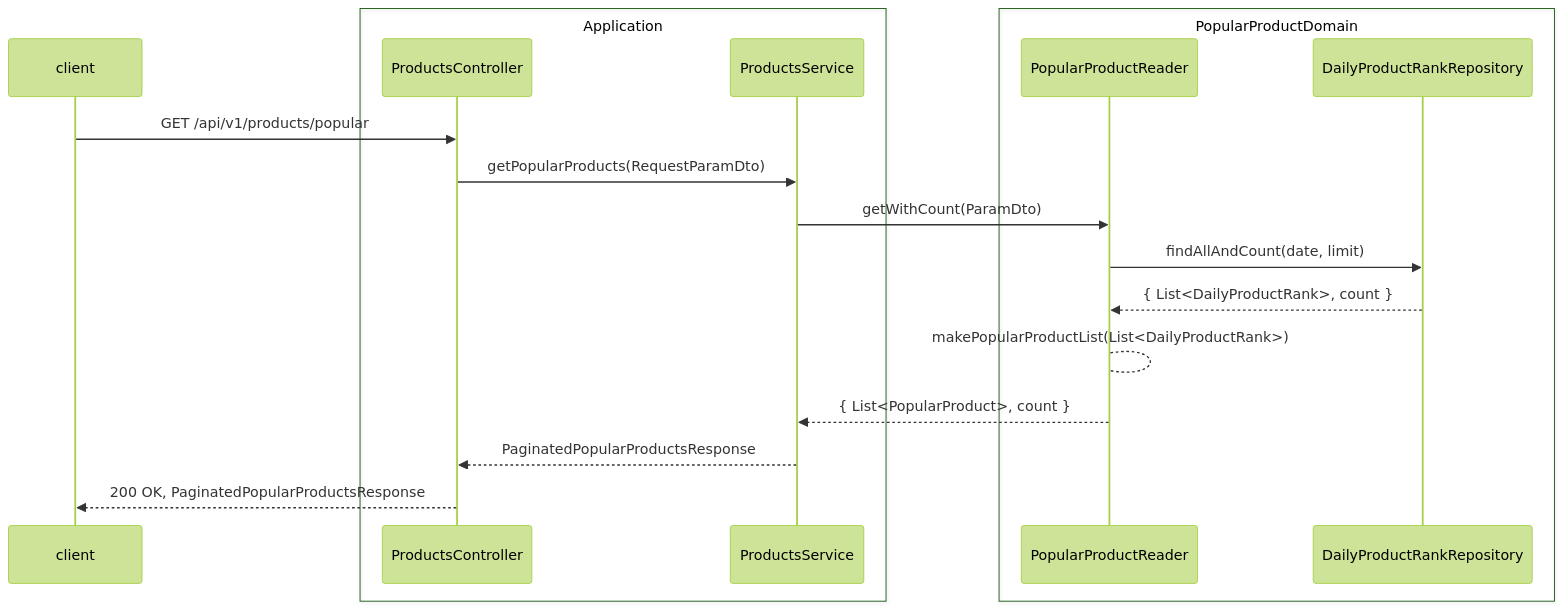
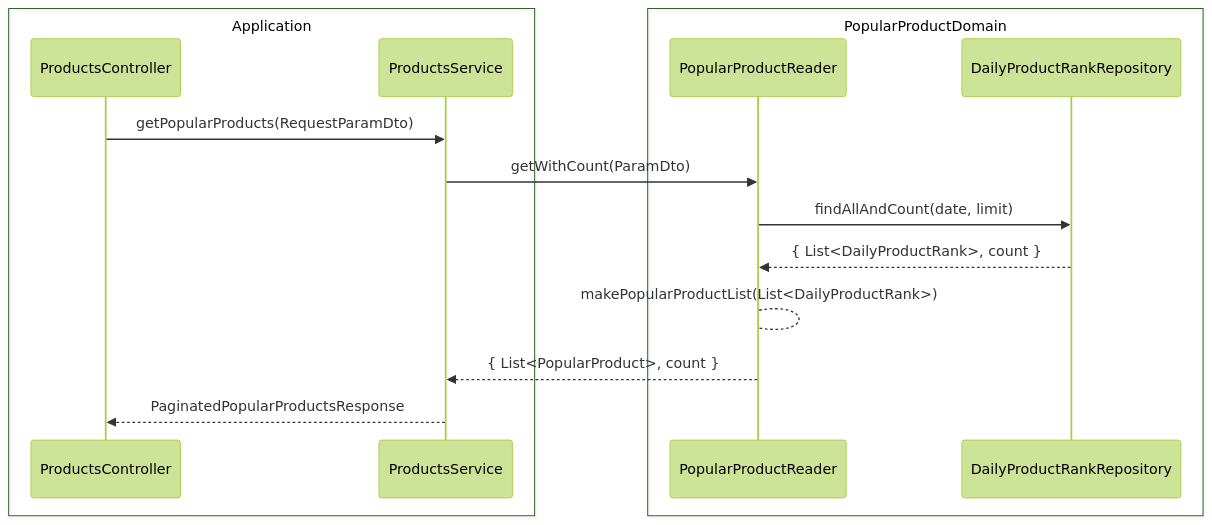
One commit to newbieJanghan/hh_plus_server changed the fourth of 4 diagrams in docs/api/products.md. Above: the diagram before and after it, drawn with Mermaid (forest theme). The commit also changed other lines of this file and 2 other files, not shown here.

Commit message:
Docs: API 문서 수정

````diff
--- a/docs/api/products.md
+++ b/docs/api/products.md
@@ -142,25 +166,20 @@
 ```mermaid
 sequenceDiagram
-    participant client
     box Application
         participant ProductsController
         participant ProductsService
     end
-#
     box PopularProductDomain
         participant PopularProductReader
         participant DailyProductRankRepository
     end
 
-#
-    client ->> ProductsController: GET /api/v1/products/popular
     ProductsController ->> ProductsService: getPopularProducts(RequestParamDto)
     ProductsService ->> PopularProductReader: getWithCount(ParamDto)
 #
     PopularProductReader ->> DailyProductRankRepository: findAllAndCount(date, limit)
     DailyProductRankRepository -->> PopularProductReader: { List<DailyProductRank>, count }
     PopularProductReader --> PopularProductReader: makePopularProductList(List<DailyProductRank>)
     PopularProductReader -->> ProductsService: { List<PopularProduct>, count }
     ProductsService -->> ProductsController: PaginatedPopularProductsResponse
-    ProductsController -->> client: 200 OK, PaginatedPopularProductsResponse
 ```
````
